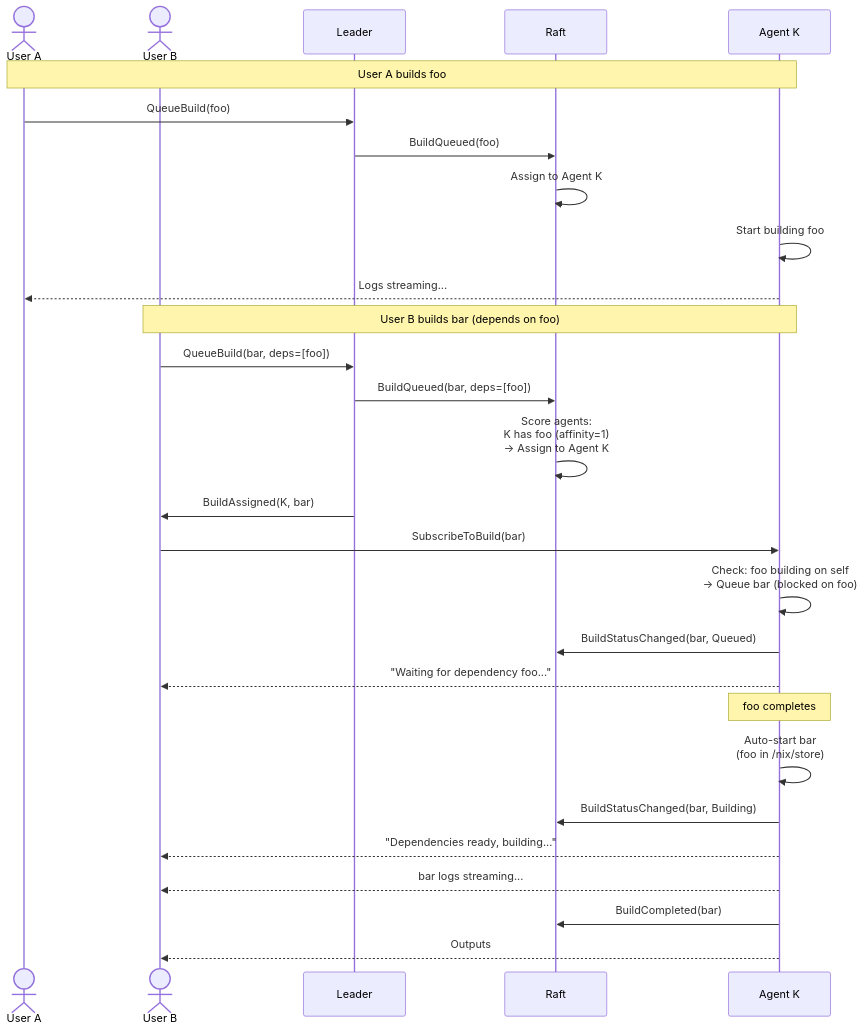
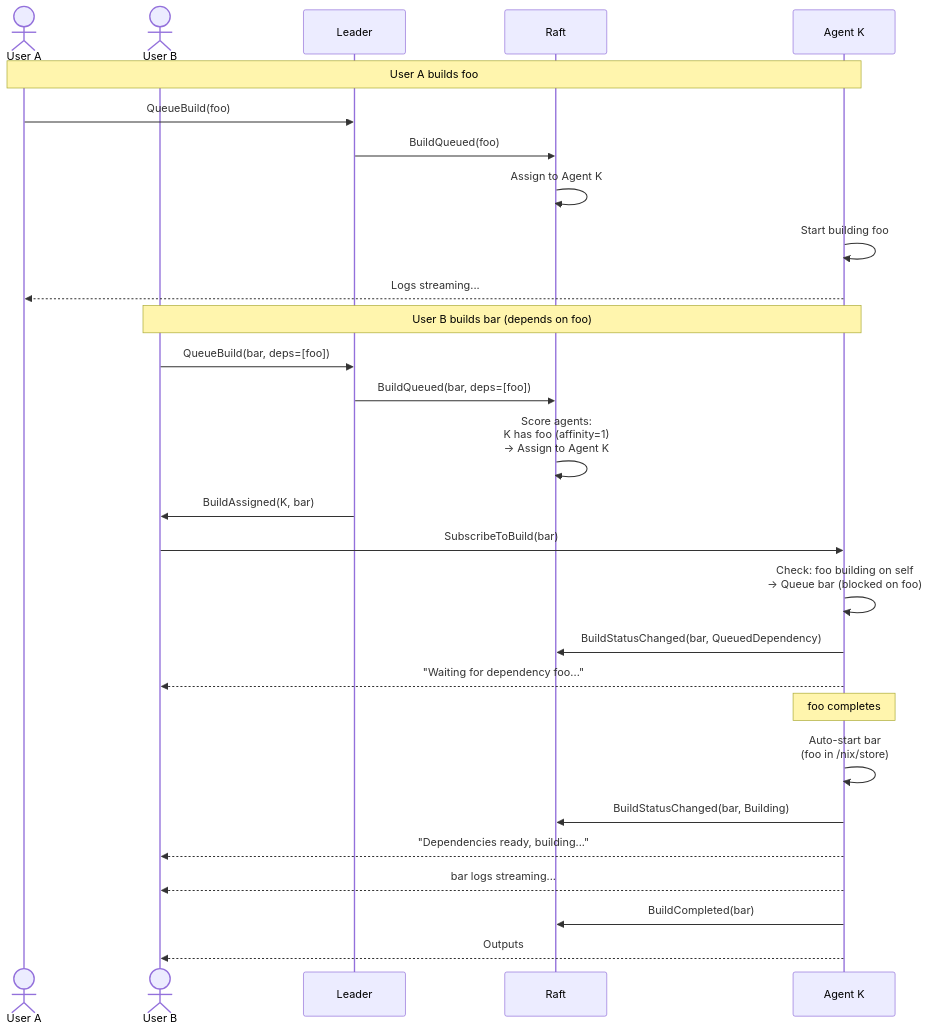
One commit to Mic92/rio-build changed the fourth of 5 diagrams in DESIGN.md. Above: the diagram before and after it, drawn with Mermaid. The commit also changed other lines of this file, not shown here.

First line of the commit message:
docs(design): update flows and scenarios for revised architecture

````diff
--- a/DESIGN.md
+++ b/DESIGN.md
@@ -989,38 +815,38 @@
 ```mermaid
 sequenceDiagram
     actor UserA as User A
     actor UserB as User B
     participant Leader
     participant Raft
     participant AgentK as Agent K
 
     Note over UserA,AgentK: User A builds foo
 
     UserA->>Leader: QueueBuild(foo)
     Leader->>Raft: BuildQueued(foo)
     Raft->>Raft: Assign to Agent K
     AgentK->>AgentK: Start building foo
     AgentK-->>UserA: Logs streaming...
 
     Note over UserB,AgentK: User B builds bar (depends on foo)
 
     UserB->>Leader: QueueBuild(bar, deps=[foo])
     Leader->>Raft: BuildQueued(bar, deps=[foo])
     Raft->>Raft: Score agents:<br/>K has foo (affinity=1)<br/>→ Assign to Agent K
     Leader->>UserB: BuildAssigned(K, bar)
     UserB->>AgentK: SubscribeToBuild(bar)
 
     AgentK->>AgentK: Check: foo building on self<br/>→ Queue bar (blocked on foo)
-    AgentK->>Raft: BuildStatusChanged(bar, Queued)
+    AgentK->>Raft: BuildStatusChanged(bar, QueuedDependency)
     AgentK-->>UserB: "Waiting for dependency foo..."
 
     Note over AgentK: foo completes
 
     AgentK->>AgentK: Auto-start bar<br/>(foo in /nix/store)
     AgentK->>Raft: BuildStatusChanged(bar, Building)
     AgentK-->>UserB: "Dependencies ready, building..."
     AgentK-->>UserB: bar logs streaming...
 
     AgentK->>Raft: BuildCompleted(bar)
     AgentK-->>UserB: Outputs
 ```
````
